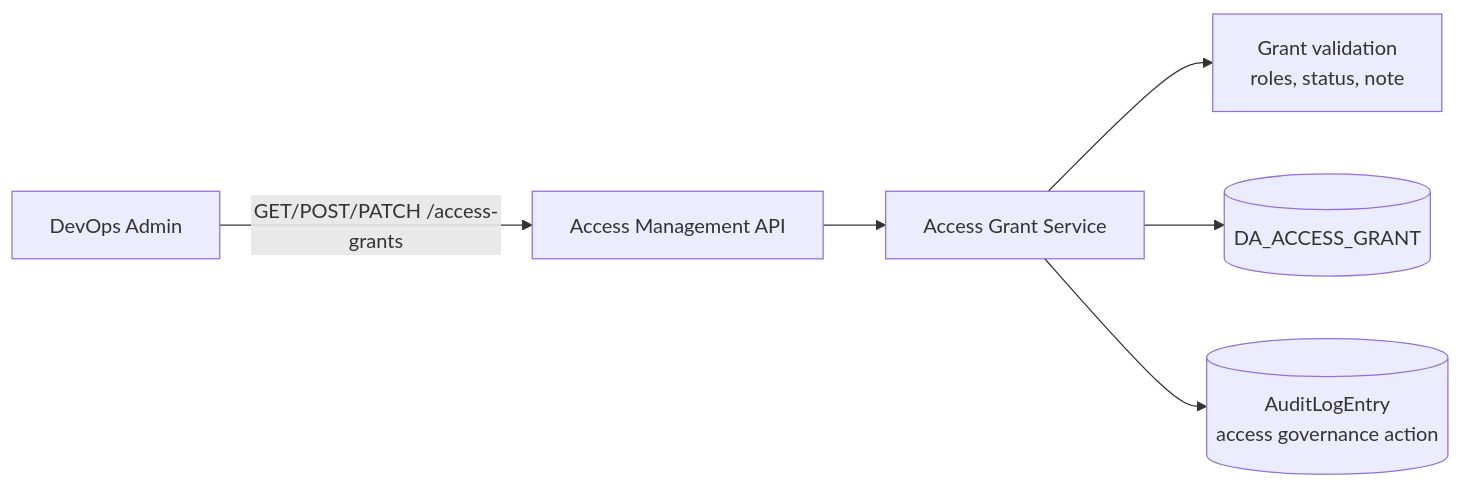
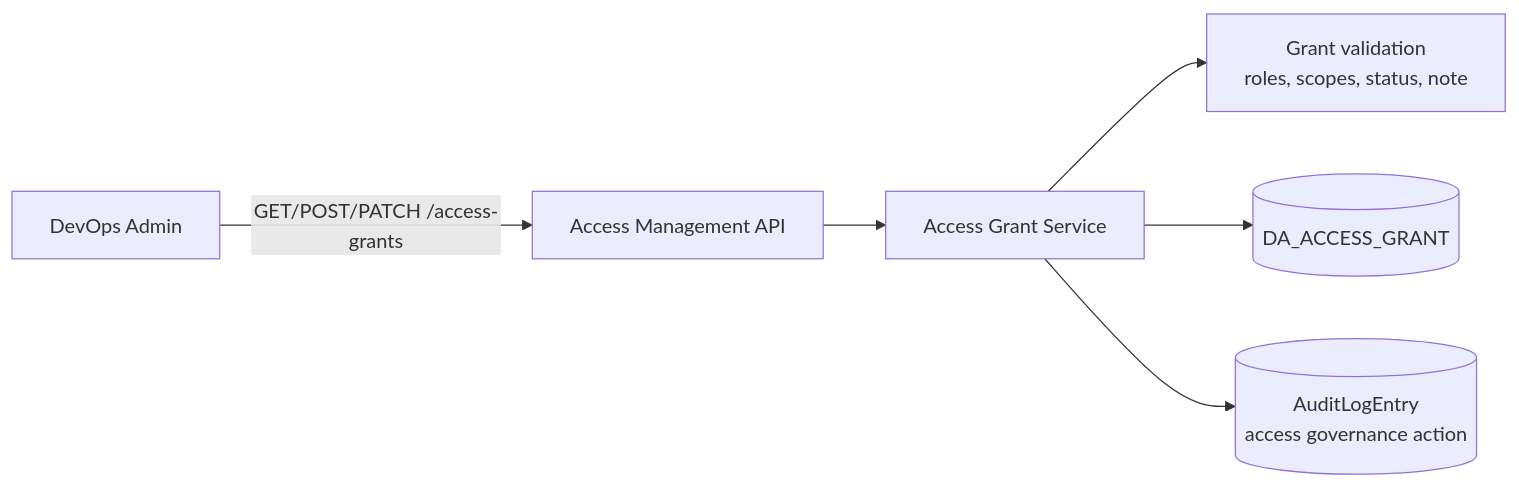
Before and after one commit to wwa-lab/deployment-agent: the sixth of 9 diagrams in docs/04-architecture/data-flow.md, drawn with Mermaid. The commit also changed other lines of this file and 6 other files, not shown here.

````diff
--- a/docs/04-architecture/data-flow.md
+++ b/docs/04-architecture/data-flow.md
@@ -192,8 +198,8 @@
 ```mermaid
 flowchart LR
     Admin[DevOps Admin] -->|GET/POST/PATCH /access-grants| AMC[Access Management API]
     AMC --> AGS[Access Grant Service]
-    AGS --> Validate[Grant validation<br/>roles, status, note]
+    AGS --> Validate[Grant validation<br/>roles, scopes, status, note]
     AGS --> DB[(DA_ACCESS_GRANT)]
     AGS --> AL[(AuditLogEntry<br/>access governance action)]
 ```
````
